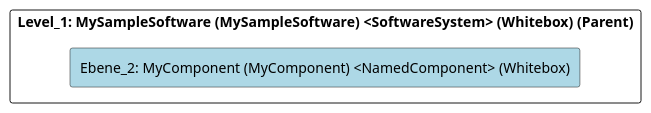
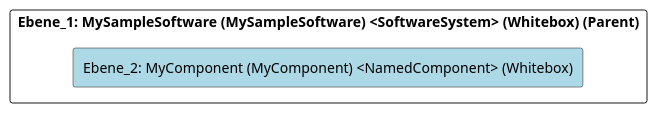
Before and after one commit to marcozwyssig/cleon: the diagram in src/cleon.architecturemethods.arc42.sample/doc/cleon_architecturemethods_arc42_sample_software_simple/adoc/de/05_bausteinsicht/mysamplesoftware/mycomponent/ebene_2_mycomponent.adoc, drawn with PlantUML. The commit also changed other lines of this file and 620 other files, not shown here.

```diff
--- a/src/cleon.architecturemethods.arc42.sample/doc/cleon_architecturemethods_arc42_sample_software_simple/adoc/de/05_bausteinsicht/mysamplesoftware/mycomponent/ebene_2_mycomponent.adoc
+++ b/src/cleon.architecturemethods.arc42.sample/doc/cleon_architecturemethods_arc42_sample_software_simple/adoc/de/05_bausteinsicht/mysamplesoftware/mycomponent/ebene_2_mycomponent.adoc
@@ -20,24 +20,24 @@
 [plantuml, Ebene_2: MyComponent (MyComponent) <NamedComponent> (Whitebox)BlockOverview, format="svg"]
 ----
 @startuml Ebene_2: MyComponent (MyComponent) <NamedComponent> (Whitebox)BuildingBlockOverview
 
 skinparam ranksep 10
 skinparam componentStyle rectangle
 skinparam shadowing false
 skinparam arrowColor lightblue
 skinparam arrowThickness 1.2
 skinparam rectangle {
   BackgroundColor White
   BorderColor #333
   RoundCorner 10
 }
 top to bottom direction
 
-component "Level_1: MySampleSoftware (MySampleSoftware) <SoftwareSystem> (Whitebox) (Parent)" {
+component "Ebene_1: MySampleSoftware (MySampleSoftware) <SoftwareSystem> (Whitebox) (Parent)" {
     component "Ebene_2: MyComponent (MyComponent) <NamedComponent> (Whitebox)" #lightblue {
     }
 
 }
 
 @enduml
 ----
```
